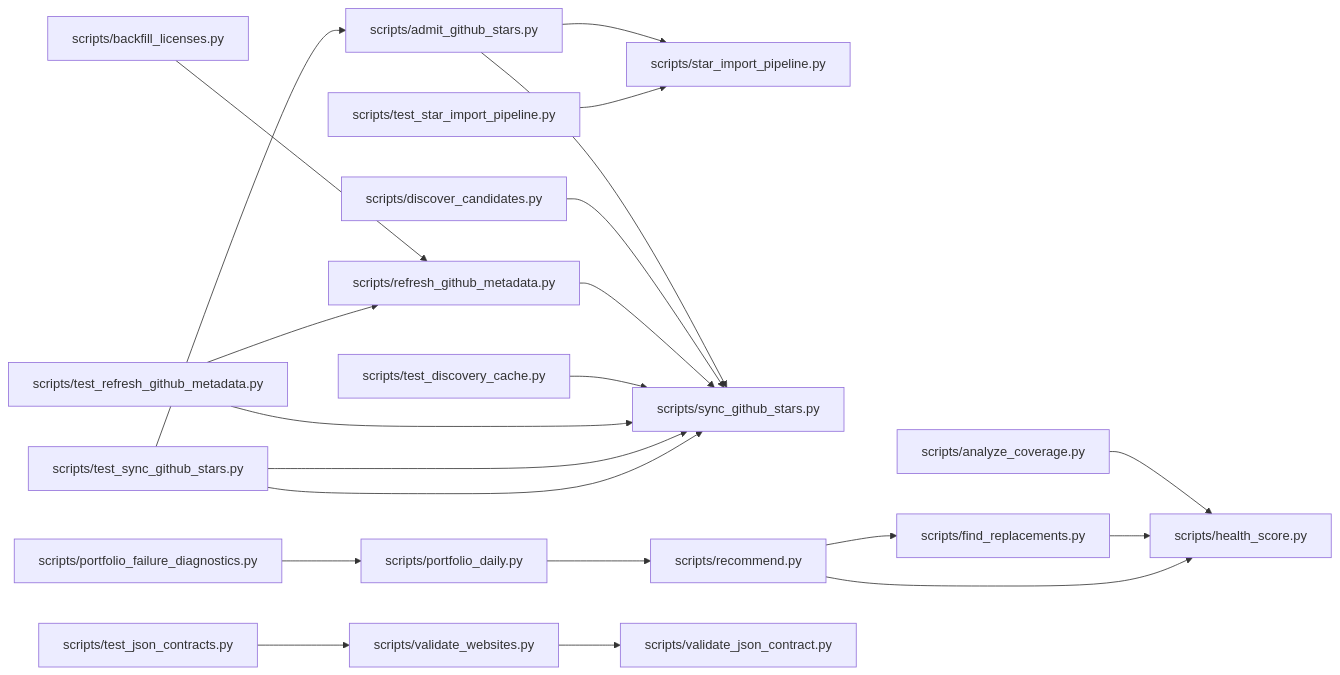
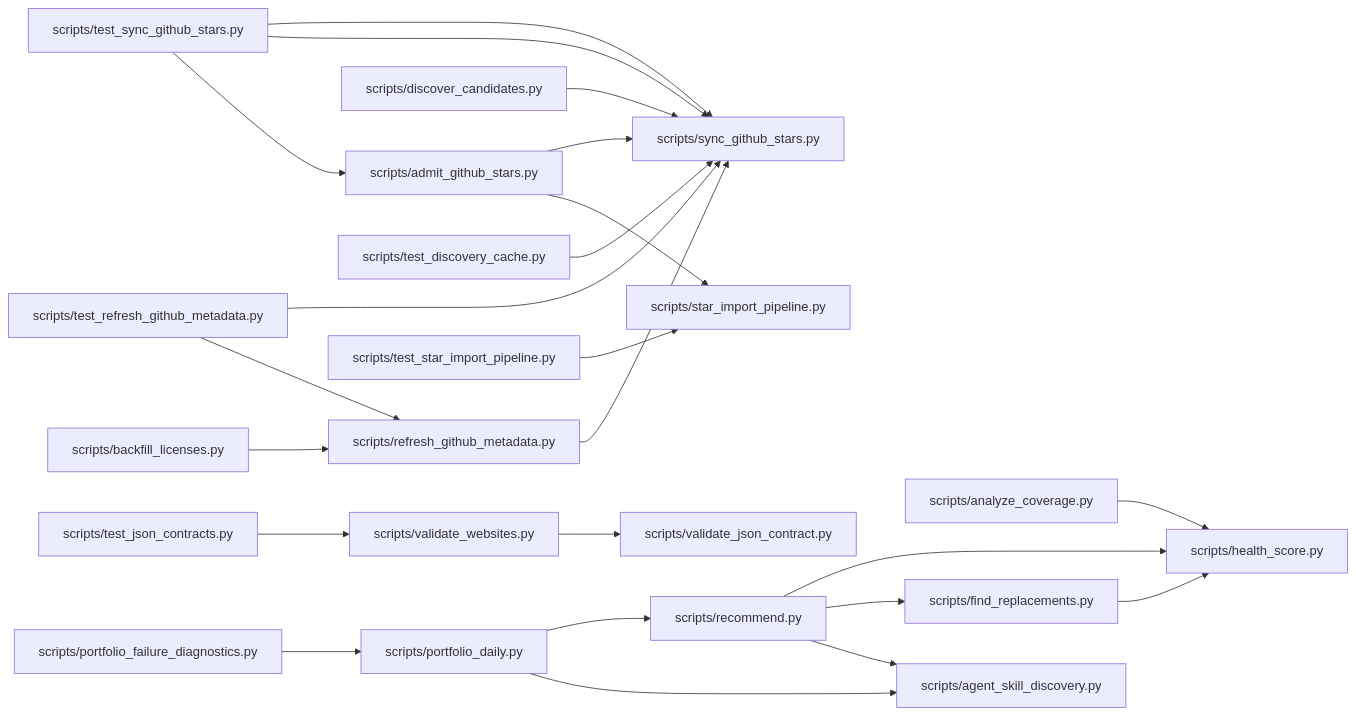
Before and after one commit to dbrckk/star-list: the diagram in .ai/brain/architecture.mmd, drawn with Mermaid. The commit also changed 87 other files, not shown here.

```diff
--- a/.ai/brain/architecture.mmd
+++ b/.ai/brain/architecture.mmd
@@ -1,21 +1,23 @@
 flowchart LR
   n8d03612ec4["scripts/admit_github_stars.py"] --> n83b2d4016a["scripts/star_import_pipeline.py"]
   n8d03612ec4["scripts/admit_github_stars.py"] --> n9ec765cbfe["scripts/sync_github_stars.py"]
   n493b546fce["scripts/analyze_coverage.py"] --> n61da7feb3f["scripts/health_score.py"]
   nbea452dbc9["scripts/backfill_licenses.py"] --> n673a0bb367["scripts/refresh_github_metadata.py"]
   n19fd372d41["scripts/discover_candidates.py"] --> n9ec765cbfe["scripts/sync_github_stars.py"]
   n3c5af248bc["scripts/find_replacements.py"] --> n61da7feb3f["scripts/health_score.py"]
+  n9c65ddcee9["scripts/portfolio_daily.py"] --> n6f6651784c["scripts/agent_skill_discovery.py"]
   n9c65ddcee9["scripts/portfolio_daily.py"] --> n6b33751c21["scripts/recommend.py"]
   nc1854cfb67["scripts/portfolio_failure_diagnostics.py"] --> n9c65ddcee9["scripts/portfolio_daily.py"]
+  n6b33751c21["scripts/recommend.py"] --> n6f6651784c["scripts/agent_skill_discovery.py"]
   n6b33751c21["scripts/recommend.py"] --> n3c5af248bc["scripts/find_replacements.py"]
   n6b33751c21["scripts/recommend.py"] --> n61da7feb3f["scripts/health_score.py"]
   n673a0bb367["scripts/refresh_github_metadata.py"] --> n9ec765cbfe["scripts/sync_github_stars.py"]
   n5d2467085c["scripts/test_discovery_cache.py"] --> n9ec765cbfe["scripts/sync_github_stars.py"]
   n116275bc4e["scripts/test_json_contracts.py"] --> nd96d7a95bb["scripts/validate_websites.py"]
   nfc3af7e38e["scripts/test_refresh_github_metadata.py"] --> n673a0bb367["scripts/refresh_github_metadata.py"]
   nfc3af7e38e["scripts/test_refresh_github_metadata.py"] --> n9ec765cbfe["scripts/sync_github_stars.py"]
   n0c8a572d8b["scripts/test_star_import_pipeline.py"] --> n83b2d4016a["scripts/star_import_pipeline.py"]
   n895eef35e5["scripts/test_sync_github_stars.py"] --> n8d03612ec4["scripts/admit_github_stars.py"]
   n895eef35e5["scripts/test_sync_github_stars.py"] --> n9ec765cbfe["scripts/sync_github_stars.py"]
   nd96d7a95bb["scripts/validate_websites.py"] --> nbd2a675ab8["scripts/validate_json_contract.py"]
   n895eef35e5["scripts/test_sync_github_stars.py"] --> n9ec765cbfe["scripts/sync_github_stars.py"]
```
